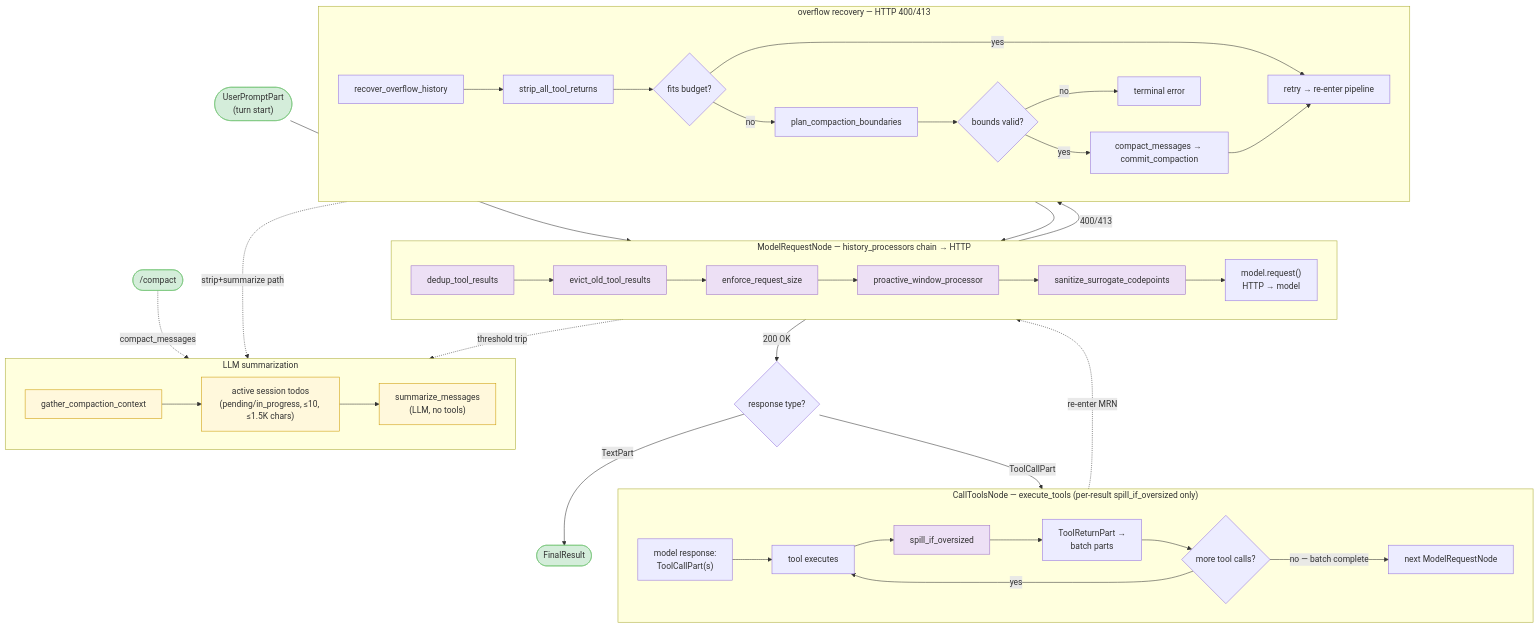
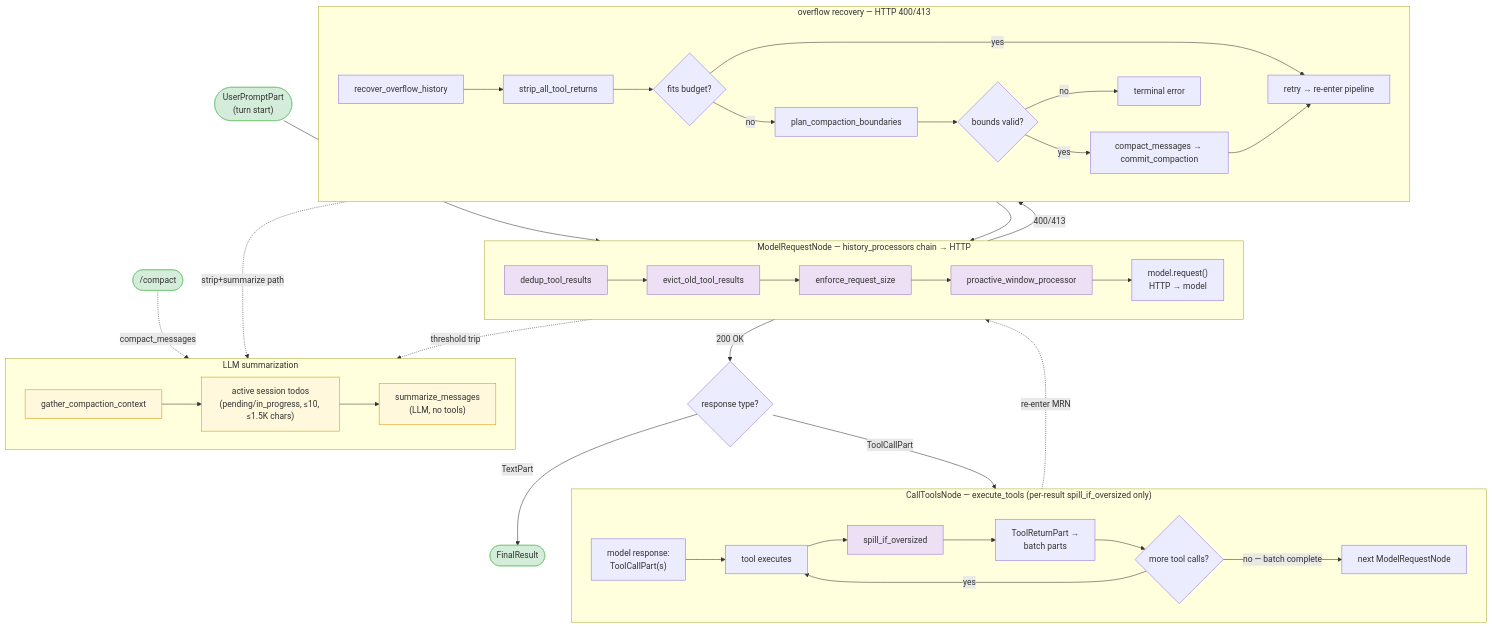
The diagram in docs/specs/compaction.md (binlecode/co-cli), drawn with Mermaid before and after one commit. The commit also changed other lines of this file and 7 other files, not shown here.

````diff
--- a/docs/specs/compaction.md
+++ b/docs/specs/compaction.md
@@ -83,55 +82,55 @@
 ```mermaid
 flowchart TD
     UPN(["UserPromptPart\n(turn start)"])
     FINAL(["FinalResult"])
     RTYPE{"response type?"}
 
     subgraph MRN["ModelRequestNode — history_processors chain → HTTP"]
         direction LR
-        C0["dedup_tool_results"] --> C1["evict_old_tool_results"] --> CE["enforce_request_size"] --> C2["proactive_window_processor"] --> C3["sanitize_surrogate_codepoints"] --> HTTP["model.request()\nHTTP → model"]
+        C0["dedup_tool_results"] --> C1["evict_old_tool_results"] --> CE["enforce_request_size"] --> C2["proactive_window_processor"] --> HTTP["model.request()\nHTTP → model"]
     end
 
     subgraph CTN["CallToolsNode — execute_tools (per-result spill_if_oversized only)"]
         direction LR
         TCALL["model response:\nToolCallPart(s)"] --> EXEC["tool executes"] --> M1["spill_if_oversized"] --> HIST["ToolReturnPart →\nbatch parts"] --> MORE{"more tool calls?"}
         MORE -->|yes| EXEC
         MORE -->|"no — batch complete"| NEXT["next ModelRequestNode"]
     end
 
     subgraph OVF["overflow recovery — HTTP 400/413"]
         direction LR
         OV1["recover_overflow_history"] --> OV2["strip_all_tool_returns"]
         OV2 --> OV3{"fits budget?"}
         OV3 -->|yes| OV4["retry → re-enter pipeline"]
         OV3 -->|no| OV5["plan_compaction_boundaries"] --> OV6{"bounds valid?"}
         OV6 -->|yes| OV7["compact_messages → commit_compaction"] --> OV4
         OV6 -->|no| OV8["terminal error"]
     end
 
     COMPACT(["/compact"])
 
     subgraph SUM["LLM summarization"]
         direction LR
         GC["gather_compaction_context"]
         GC --> GC2["active session todos\n(pending/in_progress, ≤10, ≤1.5K chars)"]
         GC2 --> SUMM["summarize_messages\n(LLM, no tools)"]
     end
 
     UPN --> C0
     HTTP -->|"200 OK"| RTYPE
     HTTP -->|"400/413"| OV1
     OV4 --> C0
     RTYPE -->|ToolCallPart| TCALL
     RTYPE -->|TextPart| FINAL
     NEXT -.->|"re-enter MRN"| C0
     C2 -.->|"threshold trip"| GC
     OV7 -.->|"strip+summarize path"| GC
     COMPACT -.->|"compact_messages"| GC
 
     classDef hook fill:#ede0f5,stroke:#9c6fc7
     classDef term fill:#d4edda,stroke:#74c476
     classDef enr fill:#fff8dc,stroke:#cc9900
-    class C0,C1,CE,C2,C3,M1 hook
+    class C0,C1,CE,C2,M1 hook
     class UPN,FINAL,COMPACT term
     class GC,GC2,SUMM enr
 ```
````
